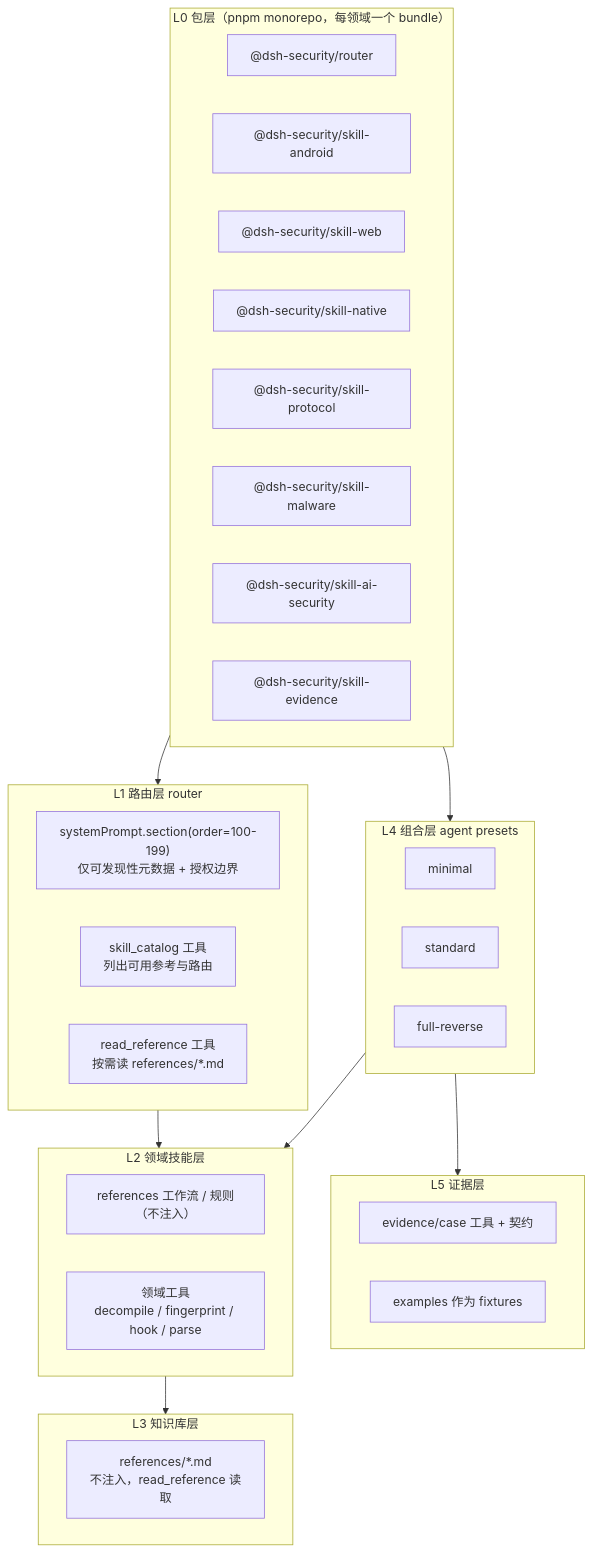
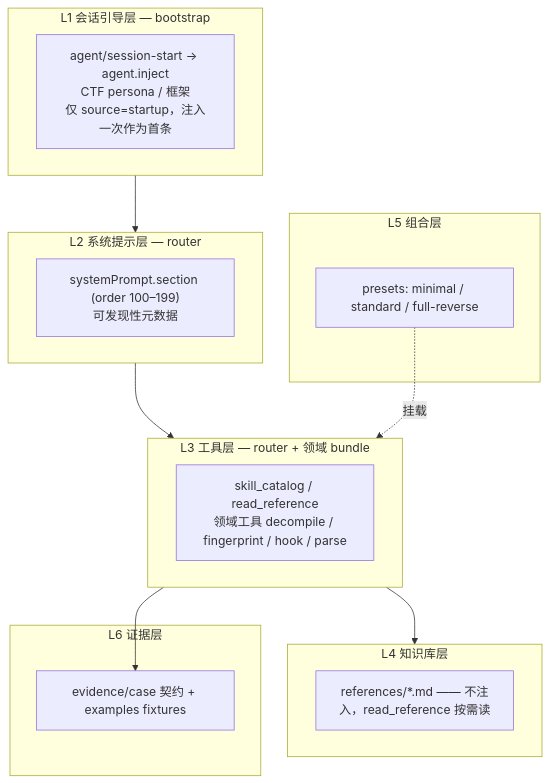
The diagram in docs/architecture.md (ADWMC/helm-d), drawn with Mermaid before and after one commit. The commit also changed other lines of this file and 262 other files, not shown here.

Commit message:
feat: enrich skill references from github (hack-skills, malware-analysis-static, ai-security-arsenal) + dedupe r0crawl templates

````diff
--- a/docs/architecture.md
+++ b/docs/architecture.md
@@ -14,38 +27,25 @@
 ```mermaid
 flowchart TD
-  subgraph L0["L0 包层（pnpm monorepo，每领域一个 bundle）"]
-    direction LR
-    B0["@dsh-security/router"]
-    B1["@dsh-security/skill-android"]
-    B2["@dsh-security/skill-web"]
-    B3["@dsh-security/skill-native"]
-    B4["@dsh-security/skill-protocol"]
-    B5["@dsh-security/skill-malware"]
-    B6["@dsh-security/skill-ai-security"]
-    B7["@dsh-security/skill-evidence"]
+  subgraph L1["L1 会话引导层 — bootstrap"]
+    A["agent/session-start → agent.inject<br/>CTF persona / 框架<br/>仅 source=startup，注入一次作为首条"]
   end
-  subgraph L1["L1 路由层 router"]
-    R1["systemPrompt.section(order=100-199)<br/>仅可发现性元数据 + 授权边界"]
-    R2["skill_catalog 工具<br/>列出可用参考与路由"]
-    R3["read_reference 工具<br/>按需读 references/*.md"]
+  subgraph L2["L2 系统提示层 — router"]
+    B["systemPrompt.section (order 100–199)<br/>可发现性元数据"]
   end
-  subgraph L2["L2 领域技能层"]
-    S1["references 工作流 / 规则（不注入）"]
-    S2["领域工具<br/>decompile / fingerprint / hook / parse"]
+  subgraph L3["L3 工具层 — router + 领域 bundle"]
+    C["skill_catalog / read_reference<br/>领域工具 decompile / fingerprint / hook / parse"]
   end
-  subgraph L3["L3 知识库层"]
-    K["references/*.md<br/>不注入，read_reference 读取"]
+  subgraph L4["L4 知识库层"]
+    D["references/*.md —— 不注入，read_reference 按需读"]
   end
-  subgraph L4["L4 组合层 agent presets"]
-    P1["minimal"]
-    P2["standard"]
-    P3["full-reverse"]
+  subgraph L5["L5 组合层"]
+    E["presets: minimal / standard / full-reverse"]
   end
-  subgraph L5["L5 证据层"]
-    E1["evidence/case 工具 + 契约"]
-    E2["examples 作为 fixtures"]
+  subgraph L6["L6 证据层"]
+    F["evidence/case 契约 + examples fixtures"]
   end
-  L0 --> L1 --> L2 --> L3
-  L0 --> L4 --> L2
-  L4 --> L5
+
+  L1 --> L2 --> L3 --> L4
+  E -.挂载.-> L3
+  L3 --> F
 ```
````
